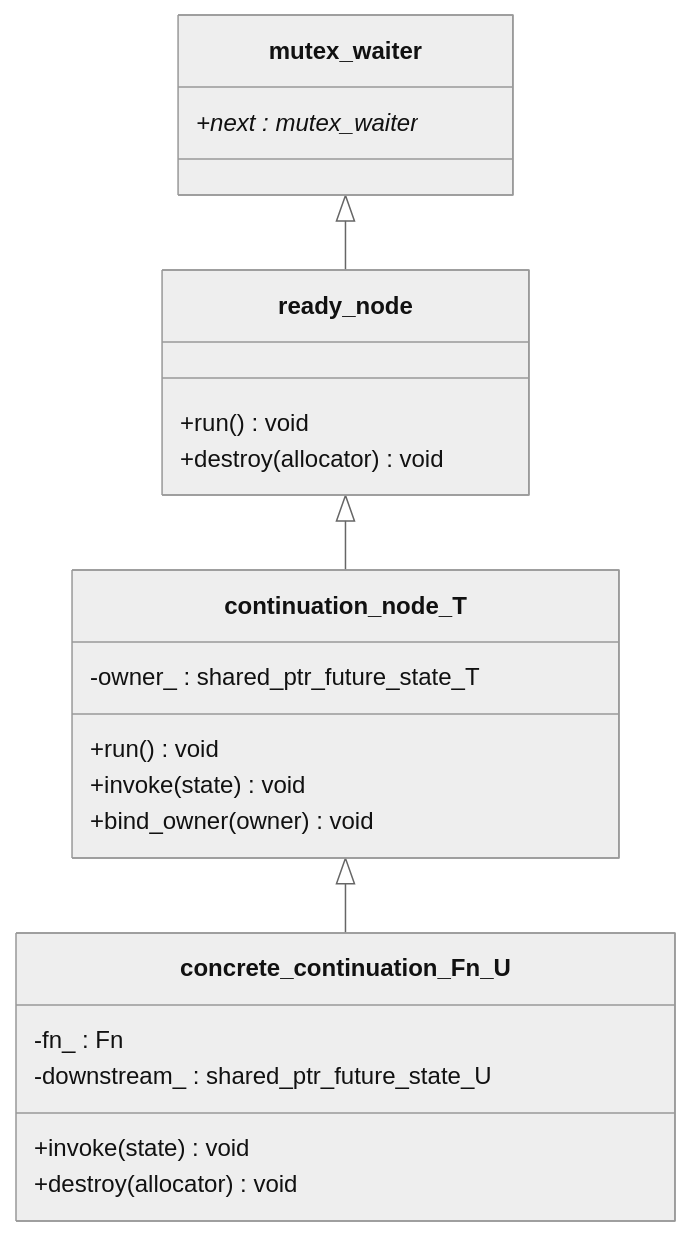
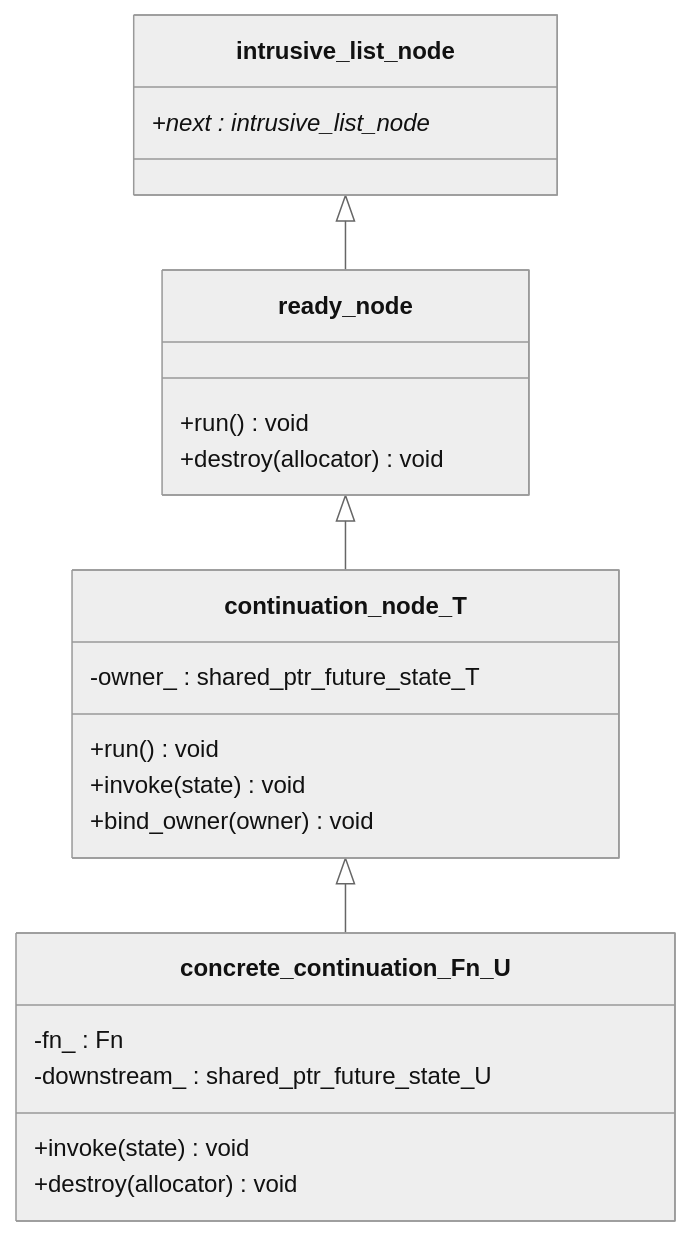
The first of 2 diagrams in docs/wiki/Continuation-Node-Mechanism.md (andijcr/async_experiments), drawn with Mermaid (neutral theme) before and after one commit. The commit also changed other lines of this file and 12 other files, not shown here.

````diff
--- a/docs/wiki/Continuation-Node-Mechanism.md
+++ b/docs/wiki/Continuation-Node-Mechanism.md
@@ -12,25 +12,25 @@
 ```mermaid
 classDiagram
-  class mutex_waiter {
-    +next : mutex_waiter*
+  class intrusive_list_node {
+    +next : intrusive_list_node*
   }
   class ready_node {
     +run() void
     +destroy(allocator) void
   }
   class continuation_node_T {
     -owner_ : shared_ptr_future_state_T
     +run() void
     +invoke(state) void
     +bind_owner(owner) void
   }
   class concrete_continuation_Fn_U {
     -fn_ : Fn
     -downstream_ : shared_ptr_future_state_U
     +invoke(state) void
     +destroy(allocator) void
   }
-  mutex_waiter <|-- ready_node
+  intrusive_list_node <|-- ready_node
   ready_node <|-- continuation_node_T
   continuation_node_T <|-- concrete_continuation_Fn_U
 ```
````
